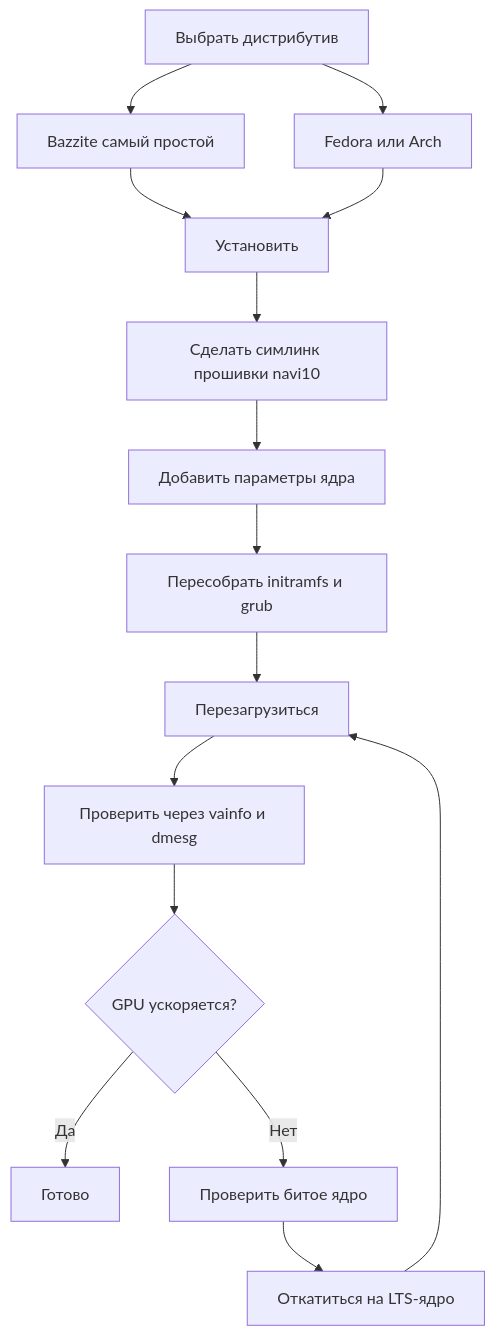
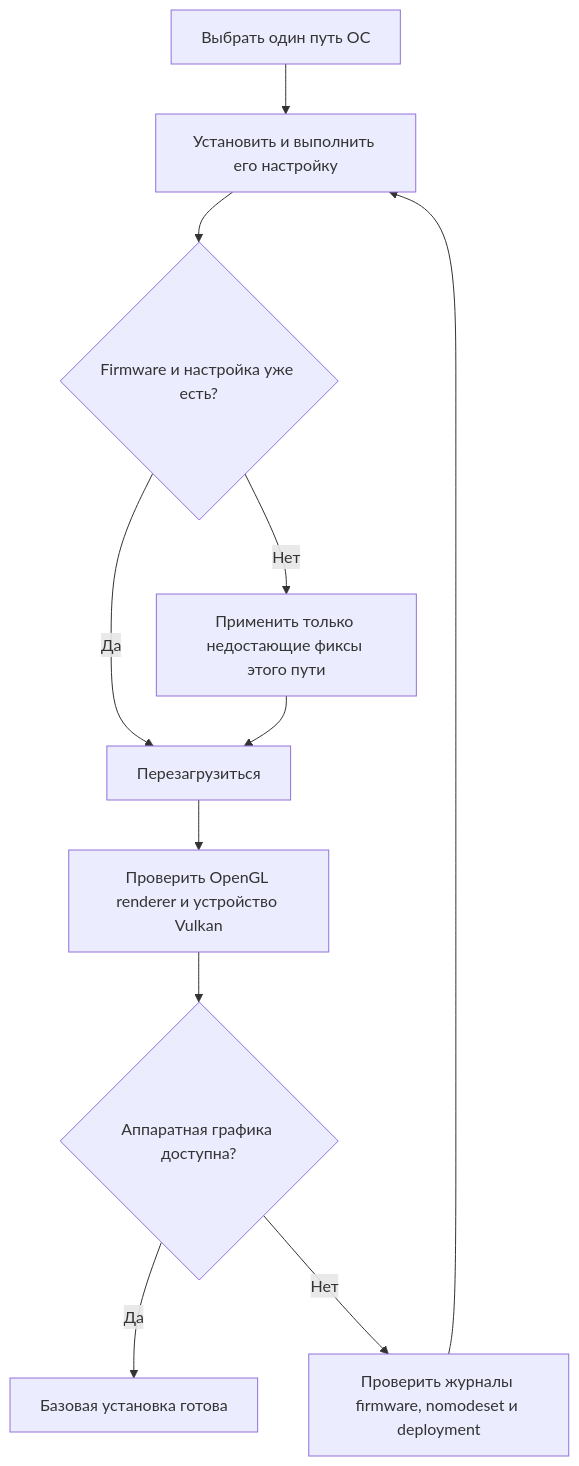
The diagram in docs/ru/06-linux.md (kalpakprod/awesome-bc250), drawn with Mermaid before and after one commit. The commit also changed other lines of this file and 5 other files, not shown here.

````diff
--- a/docs/ru/06-linux.md
+++ b/docs/ru/06-linux.md
@@ -39,17 +39,13 @@
 ```mermaid
 flowchart TD
-    A["Выбрать дистрибутив"] --> B["Bazzite самый простой"]
-    A --> C["Fedora или Arch"]
-    B --> D["Установить"]
-    C --> D
-    D --> E["Сделать симлинк прошивки navi10"]
-    E --> F["Добавить параметры ядра"]
-    F --> G["Пересобрать initramfs и grub"]
-    G --> H["Перезагрузиться"]
-    H --> I["Проверить через vainfo и dmesg"]
-    I --> J{"GPU ускоряется?"}
-    J -->|Да| K["Готово"]
-    J -->|Нет| L["Проверить битое ядро"]
-    L --> M["Откатиться на LTS-ядро"]
-    M --> H
+    A["Выбрать один путь ОС"] --> B["Установить и выполнить его настройку"]
+    B --> C{"Firmware и настройка уже есть?"}
+    C -->|Да| R["Перезагрузиться"]
+    C -->|Нет| F["Применить только недостающие фиксы этого пути"]
+    F --> R
+    R --> V["Проверить OpenGL renderer и устройство Vulkan"]
+    V --> G{"Аппаратная графика доступна?"}
+    G -->|Да| D["Базовая установка готова"]
+    G -->|Нет| L["Проверить журналы firmware, nomodeset и deployment"]
+    L --> B
 ```
````
